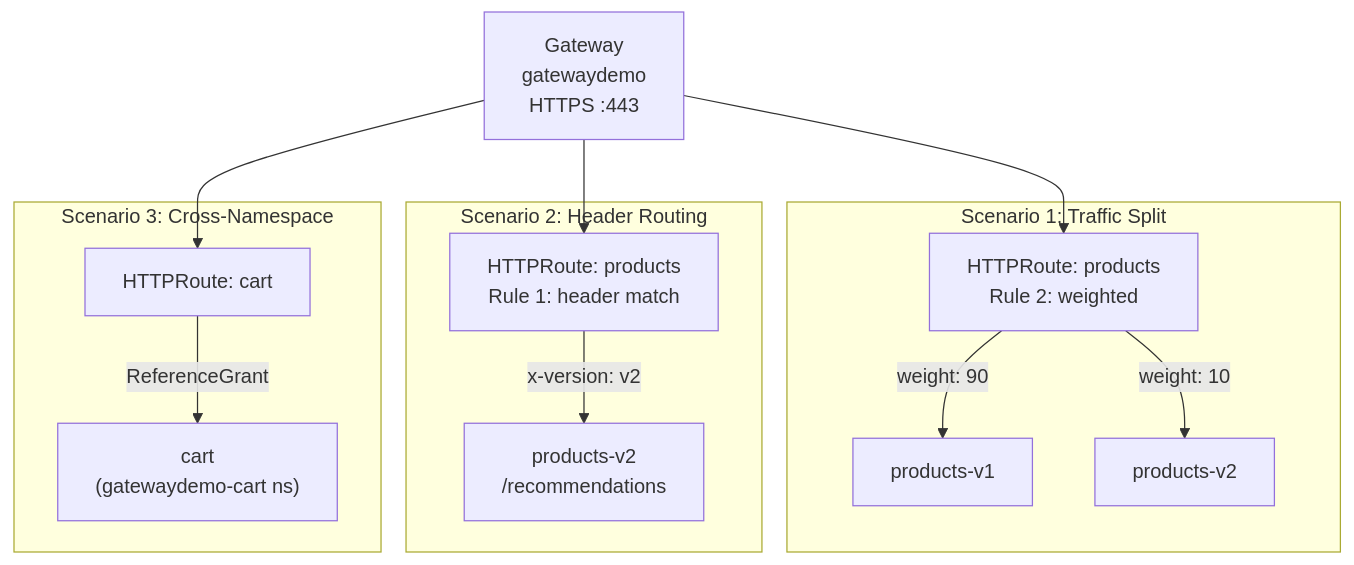
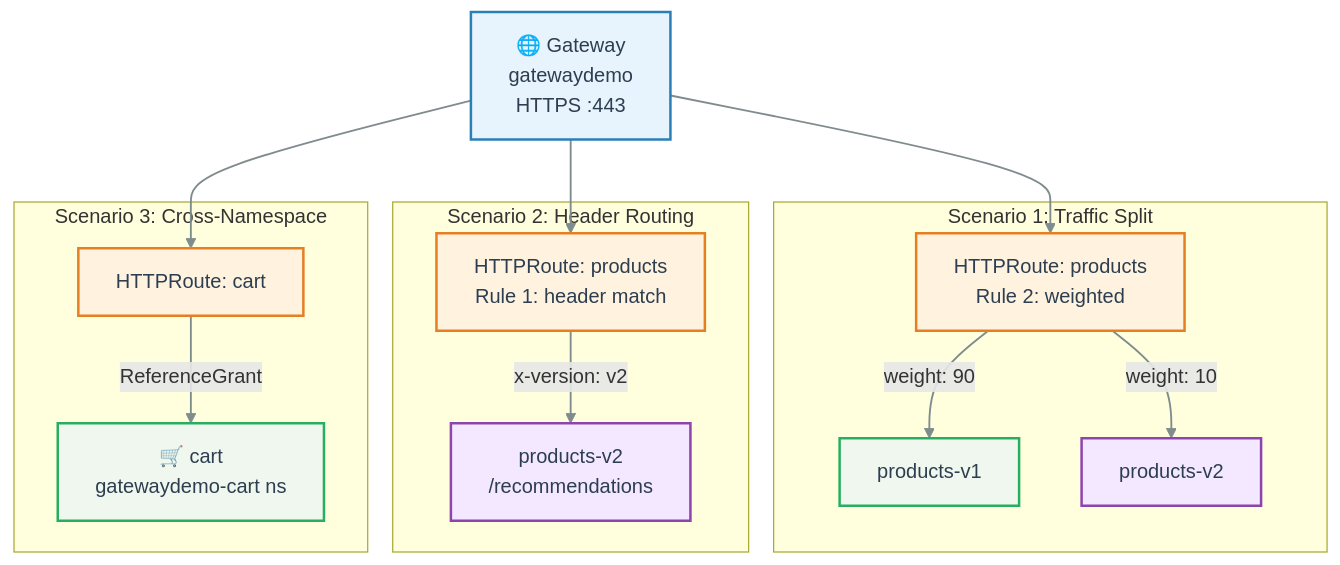
Before and after one commit to DKT-AI/gateway-api-migration-demo: the first of 5 diagrams in docs/labs/lab-03-demo-scenarios.md, drawn with Mermaid. The commit also changed other lines of this file and 4 other files, not shown here.

First line of the commit message:
Style all mermaid diagrams with ocean palette for GitHub

````diff
--- a/docs/labs/lab-03-demo-scenarios.md
+++ b/docs/labs/lab-03-demo-scenarios.md
@@ -11,23 +11,35 @@
 ```mermaid
-graph TB
-    GW["Gateway<br/>gatewaydemo<br/>HTTPS :443"]
+flowchart TB
+    GW["🌐 Gateway<br/>gatewaydemo<br/>HTTPS :443"]
 
-    subgraph "Scenario 1: Traffic Split"
+    subgraph S1["Scenario 1: Traffic Split"]
         HR1["HTTPRoute: products<br/>Rule 2: weighted"]
         HR1 -->|"weight: 90"| V1["products-v1"]
         HR1 -->|"weight: 10"| V2a["products-v2"]
     end
 
-    subgraph "Scenario 2: Header Routing"
+    subgraph S2["Scenario 2: Header Routing"]
         HR2["HTTPRoute: products<br/>Rule 1: header match"]
         HR2 -->|"x-version: v2"| V2b["products-v2<br/>/recommendations"]
     end
 
-    subgraph "Scenario 3: Cross-Namespace"
-        HR3["HTTPRoute: cart"] -->|"ReferenceGrant"| CART["cart<br/>(gatewaydemo-cart ns)"]
+    subgraph S3["Scenario 3: Cross-Namespace"]
+        HR3["HTTPRoute: cart"]
+        HR3 -->|"ReferenceGrant"| CART["🛒 cart<br/>gatewaydemo-cart ns"]
     end
 
     GW --> HR1
     GW --> HR2
     GW --> HR3
+
+    classDef primary fill:#E8F4FD,stroke:#2980B9,stroke-width:2px,color:#2C3E50
+    classDef secondary fill:#F0F7EE,stroke:#27AE60,stroke-width:2px,color:#2C3E50
+    classDef accent fill:#FFF3E0,stroke:#E67E22,stroke-width:2px,color:#2C3E50
+    classDef tertiary fill:#F3E8FF,stroke:#8E44AD,stroke-width:2px,color:#2C3E50
+    linkStyle default stroke:#7F8C8D,stroke-width:1.5px
+
+    class GW primary
+    class HR1,HR2,HR3 accent
+    class V1,CART secondary
+    class V2a,V2b tertiary
 ```
````
